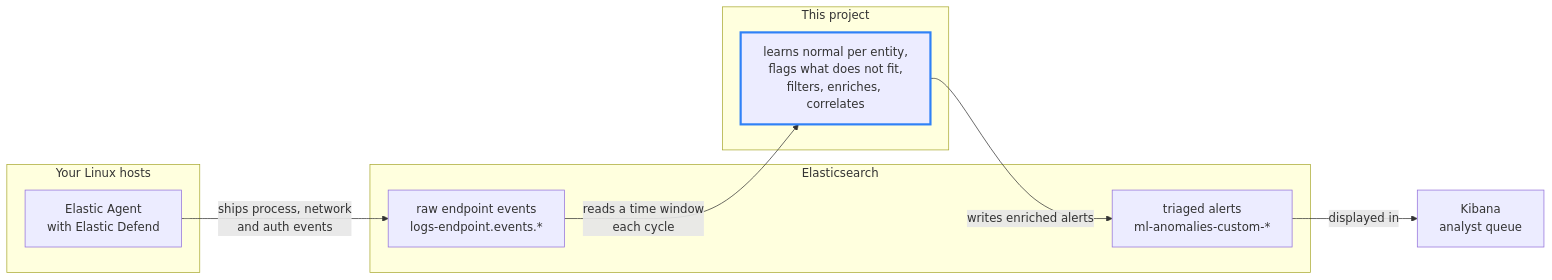
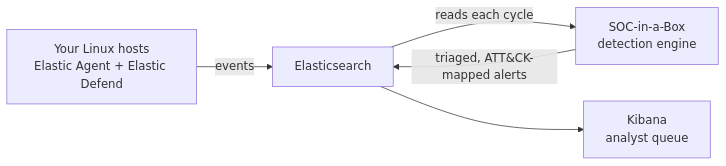
Before and after one commit to cylab-africa/SOC-in-a-Box-ELK-ML-AgenticAI-: the diagram in README.md, drawn with Mermaid. The commit also changed other lines of this file and 56 other files, not shown here.

````diff
--- a/README.md
+++ b/README.md
@@ -181,25 +23,7 @@
 ```mermaid
 flowchart LR
-  subgraph HOSTS["Your Linux hosts"]
-    AGENT["Elastic Agent<br/>with Elastic Defend"]
-  end
-
-  subgraph ES["Elasticsearch"]
-    RAW["raw endpoint events<br/>logs-endpoint.events.*"]
-    OUT["triaged alerts<br/>ml-anomalies-custom-*"]
-  end
-
-  subgraph THIS["This project"]
-    ENGINE["learns normal per entity,<br/>flags what does not fit,<br/>filters, enriches, correlates"]
-  end
-
-  KIBANA["Kibana<br/>analyst queue"]
-
-  AGENT -->|"ships process, network<br/>and auth events"| RAW
-  RAW -->|"reads a time window<br/>each cycle"| ENGINE
-  ENGINE -->|"writes enriched alerts"| OUT
-  OUT -->|"displayed in"| KIBANA
-
-  classDef focus stroke:#2f81f7,stroke-width:3px
-  class ENGINE focus
+  AGENT["Your Linux hosts<br/>Elastic Agent + Elastic Defend"] -->|events| ES["Elasticsearch"]
+  ES -->|"reads each cycle"| ENGINE["SOC-in-a-Box<br/>detection engine"]
+  ENGINE -->|"triaged, ATT&CK-mapped alerts"| ES
+  ES --> KIBANA["Kibana<br/>analyst queue"]
 ```
````
